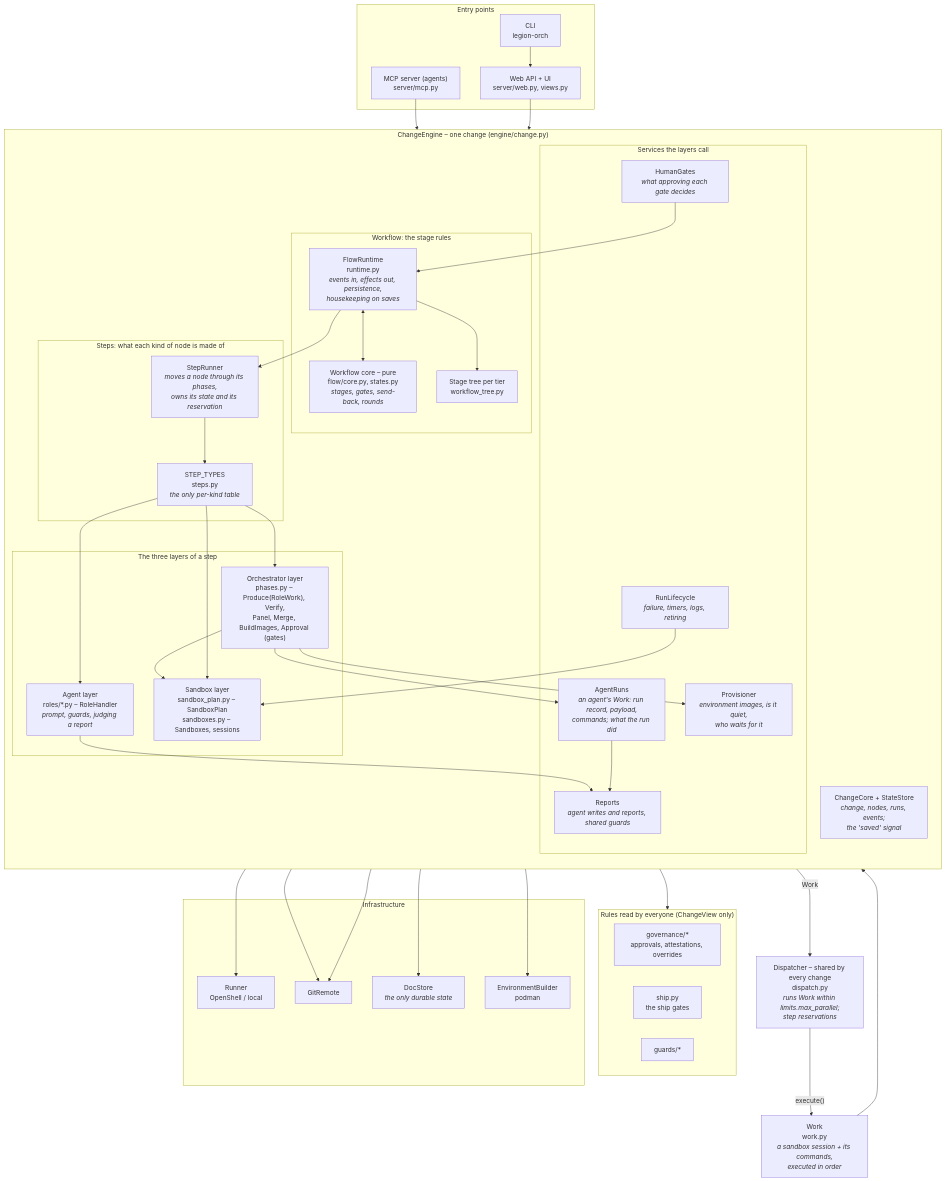
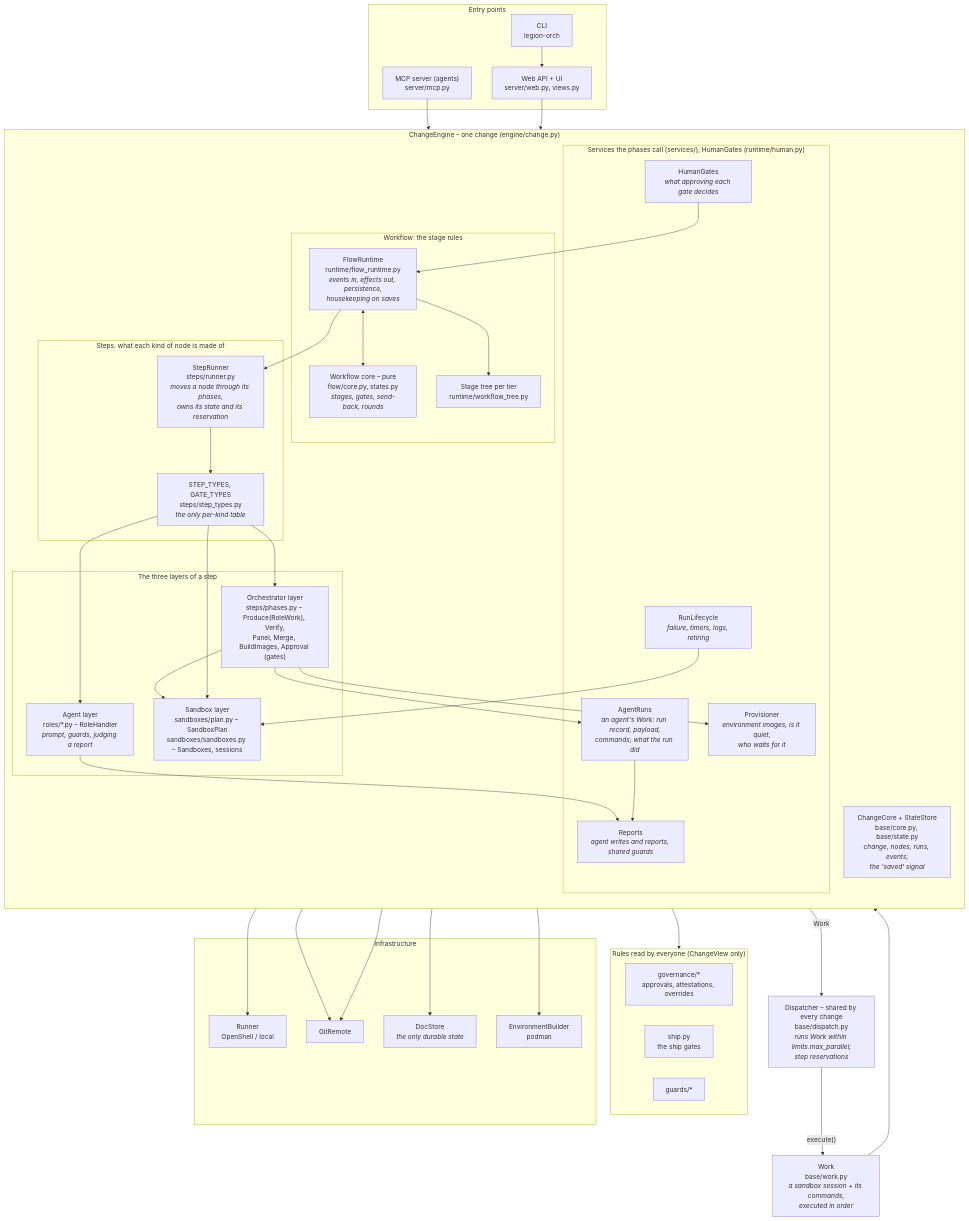
Before and after one commit to mr-miles/orchestrator: the first of 6 diagrams in docs/architecture.md, drawn with Mermaid. The commit also changed other lines of this file and 50 other files, not shown here.

First line of the commit message:
One package per engine layer, with import contracts

````diff
--- a/docs/architecture.md
+++ b/docs/architecture.md
@@ -13,72 +13,72 @@
 ```mermaid
 flowchart TB
     subgraph entry["Entry points"]
         web["Web API + UI<br/>server/web.py, views.py"]
         mcp["MCP server (agents)<br/>server/mcp.py"]
         cli["CLI<br/>legion-orch"]
     end
 
     subgraph engine["ChangeEngine – one change (engine/change.py)"]
         direction TB
         subgraph wf["Workflow: the stage rules"]
             core["Workflow core – pure<br/>flow/core.py, states.py<br/><i>stages, gates, send-back, rounds</i>"]
-            tree["Stage tree per tier<br/>workflow_tree.py"]
-            rt["FlowRuntime<br/>runtime.py<br/><i>events in, effects out, persistence,<br/>housekeeping on saves</i>"]
+            tree["Stage tree per tier<br/>runtime/workflow_tree.py"]
+            rt["FlowRuntime<br/>runtime/flow_runtime.py<br/><i>events in, effects out, persistence,<br/>housekeeping on saves</i>"]
         end
         subgraph steps["Steps: what each kind of node is made of"]
-            runner["StepRunner<br/><i>moves a node through its phases,<br/>owns its state and its reservation</i>"]
-            types["STEP_TYPES<br/>steps.py<br/><i>the only per-kind table</i>"]
+            runner["StepRunner<br/>steps/runner.py<br/><i>moves a node through its phases,<br/>owns its state and its reservation</i>"]
+            types["STEP_TYPES, GATE_TYPES<br/>steps/step_types.py<br/><i>the only per-kind table</i>"]
         end
         subgraph layers["The three layers of a step"]
             agent["Agent layer<br/>roles/*.py – RoleHandler<br/><i>prompt, guards, judging a report</i>"]
-            phases["Orchestrator layer<br/>phases.py – Produce(RoleWork), Verify,<br/>Panel, Merge, BuildImages, Approval (gates)"]
-            sbx["Sandbox layer<br/>sandbox_plan.py – SandboxPlan<br/>sandboxes.py – Sandboxes, sessions"]
+            phases["Orchestrator layer<br/>steps/phases.py – Produce(RoleWork), Verify,<br/>Panel, Merge, BuildImages, Approval (gates)"]
+            sbx["Sandbox layer<br/>sandboxes/plan.py – SandboxPlan<br/>sandboxes/sandboxes.py – Sandboxes, sessions"]
         end
-        subgraph svc["Services the layers call"]
+        subgraph svc["Services the phases call (services/), HumanGates (runtime/human.py)"]
             agents["AgentRuns<br/><i>an agent's Work: run record, payload,<br/>commands; what the run did</i>"]
             reports["Reports<br/><i>agent writes and reports, shared guards</i>"]
             prov["Provisioner<br/><i>environment images, is it quiet,<br/>who waits for it</i>"]
             life["RunLifecycle<br/><i>failure, timers, logs, retiring</i>"]
             gates["HumanGates<br/><i>what approving each gate decides</i>"]
         end
-        state["ChangeCore + StateStore<br/><i>change, nodes, runs, events;<br/>the 'saved' signal</i>"]
+        state["ChangeCore + StateStore<br/>base/core.py, base/state.py<br/><i>change, nodes, runs, events;<br/>the 'saved' signal</i>"]
     end
 
-    disp["Dispatcher – shared by every change<br/>dispatch.py<br/><i>runs Work within limits.max_parallel;<br/>step reservations</i>"]
-    work["Work<br/>work.py<br/><i>a sandbox session + its commands,<br/>executed in order</i>"]
+    disp["Dispatcher – shared by every change<br/>base/dispatch.py<br/><i>runs Work within limits.max_parallel;<br/>step reservations</i>"]
+    work["Work<br/>base/work.py<br/><i>a sandbox session + its commands,<br/>executed in order</i>"]
 
     subgraph gov["Rules read by everyone (ChangeView only)"]
         governance["governance/*<br/>approvals, attestations, overrides"]
         ship["ship.py<br/>the ship gates"]
         guards["guards/*"]
     end
 
     subgraph infra["Infrastructure"]
         runnerx["Runner<br/>OpenShell / local"]
         git["GitRemote"]
         store["DocStore<br/><i>the only durable state</i>"]
         builder["EnvironmentBuilder<br/>podman"]
     end
 
     web --> engine
     cli --> web
     mcp --> reports
     rt <--> core
     rt --> tree
     rt --> runner
     gates --> rt
     runner --> types
     types --> agent & phases & sbx
     phases --> agents & prov & sbx
     phases -- "Work" --> disp
     disp -- "execute()" --> work
     work --> sbx
     agents --> reports
     agent --> reports
     life --> sbx
     engine --> gov
     sbx --> runnerx
     phases & gates --> git
     state --> store
     prov --> builder
 ```
````
